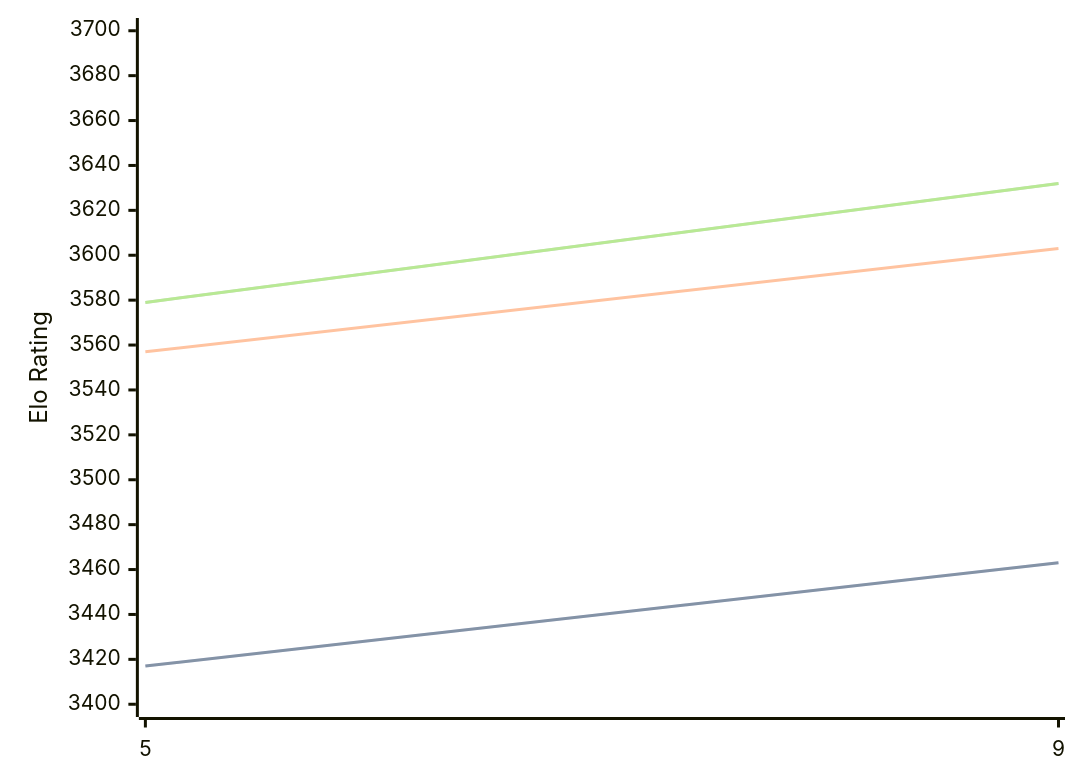
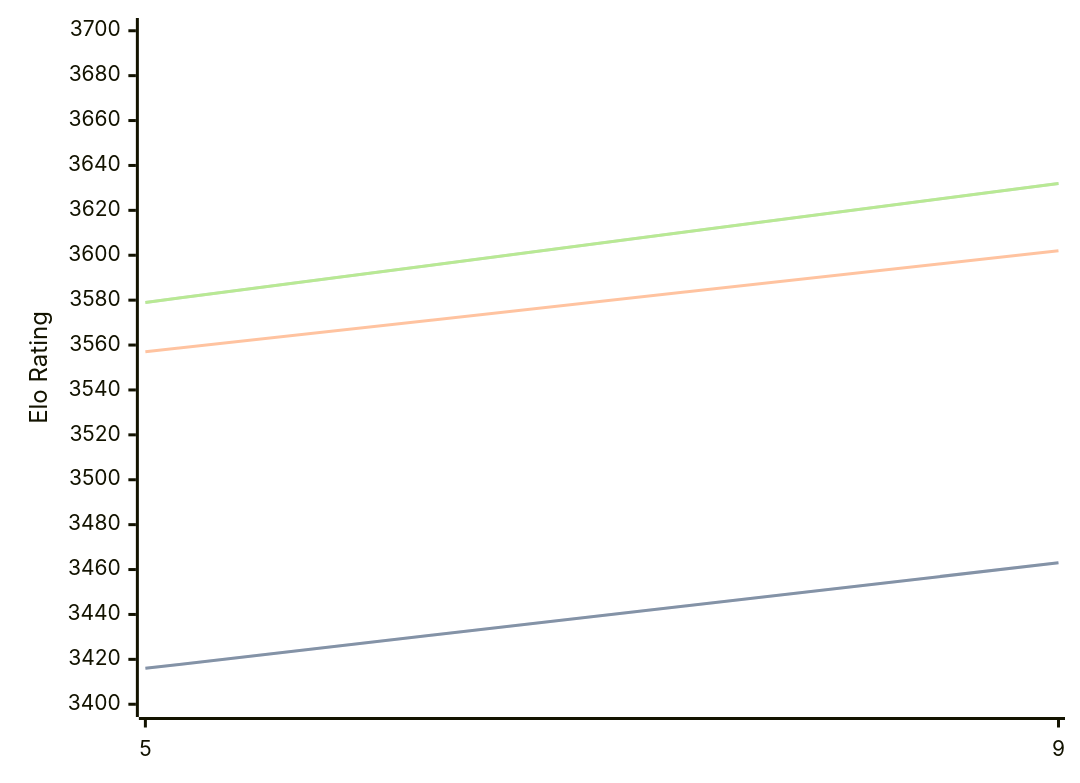
One commit to computer-chess-index/cci changed the diagram in engines/Crystal.md. Above: the diagram before and after it, drawn with Mermaid. The commit also changed other lines of this file, not shown here.

Commit message:
Update CCI Ratings (ELO VLTC) - 2026-04-20

````diff
--- a/engines/Crystal.md
+++ b/engines/Crystal.md
@@ -60,11 +60,11 @@
 ```mermaid
 %%{init: {"theme":"base","themeVariables":{"seriesColors:['#a3a3a3','#222221','#faa371']}}}%%
 xychart-beta
   x-axis ["5", "9"]
   y-axis "Elo Rating" 3400 --> 3700
-  line "STC (8.0+0.08s)" [3417, 3463]
-  line "STC (8.0+0.08s)" [3417, 3463]
-  line "LTC (60.0+0.60s)" [3557, 3603]
+  line "STC (8.0+0.08s)" [3416, 3463]
+  line "STC (8.0+0.08s)" [3416, 3463]
+  line "LTC (60.0+0.60s)" [3557, 3602]
   line "VLTC (2m24s+1.12s)" [3579, 3632]
   line "VLTC (2m24s+1.12s)" [3579, 3632]
 ```
````
